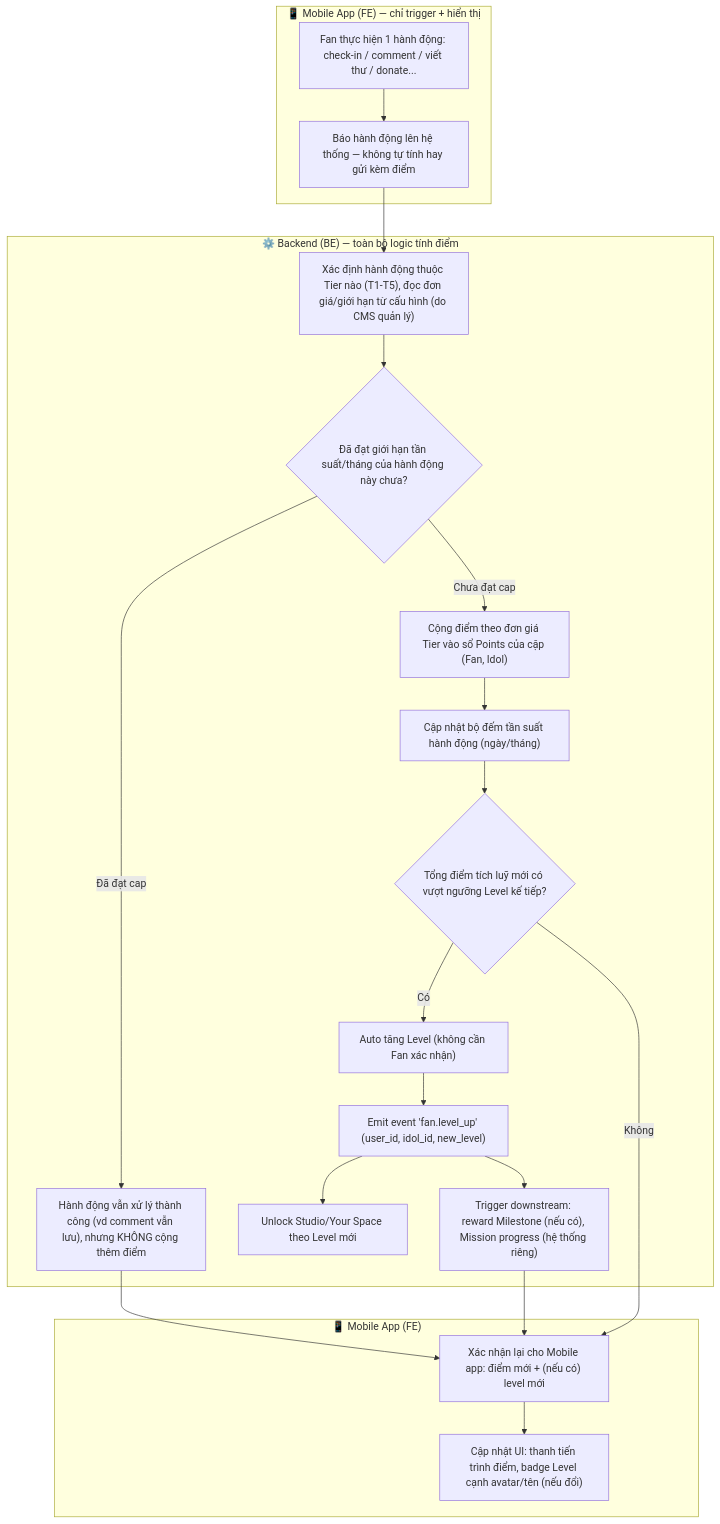
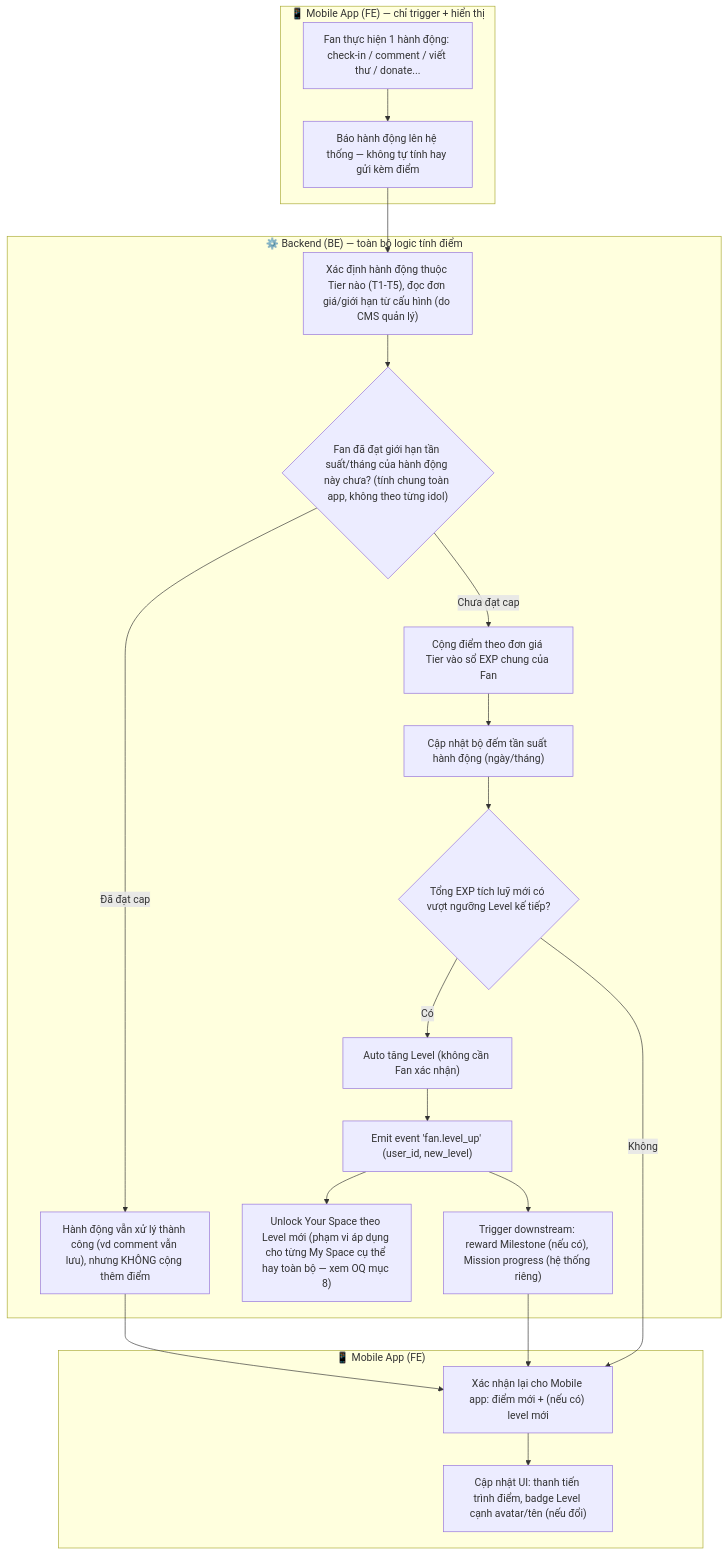
The first of 2 diagrams in FSD_mvp2_Ranking_Point_System.md (chrishieu/fana-analysis), drawn with Mermaid before and after one commit. The commit also changed other lines of this file and 1 other file, not shown here.

Commit message:
Refactor FSD for MVP2: Update ranking and point system to use EXP instead of Points, unify EXP accumulation across all idols, and clarify monetary transactions for EXP rewards. Adjust user stories, backend logic, and tier catalog accordingly.

````diff
--- a/FSD_mvp2_Ranking_Point_System.md
+++ b/FSD_mvp2_Ranking_Point_System.md
@@ -72,27 +66,27 @@
 ```mermaid
 flowchart TD
     subgraph MOBILE["📱 Mobile App (FE) — chỉ trigger + hiển thị"]
         A[Fan thực hiện 1 hành động: check-in / comment / viết thư / donate...] --> B["Báo hành động lên hệ thống — không tự tính hay gửi kèm điểm"]
     end
 
     subgraph BE["⚙️ Backend (BE) — toàn bộ logic tính điểm"]
         B --> C["Xác định hành động thuộc Tier nào (T1-T5), đọc đơn giá/giới hạn từ cấu hình (do CMS quản lý)"]
-        C --> D{"Đã đạt giới hạn tần suất/tháng của hành động này chưa?"}
+        C --> D{"Fan đã đạt giới hạn tần suất/tháng của hành động này chưa? (tính chung toàn app, không theo từng idol)"}
         D -- Đã đạt cap --> E["Hành động vẫn xử lý thành công (vd comment vẫn lưu), nhưng KHÔNG cộng thêm điểm"]
-        D -- Chưa đạt cap --> F["Cộng điểm theo đơn giá Tier vào sổ Points của cặp (Fan, Idol)"]
+        D -- Chưa đạt cap --> F["Cộng điểm theo đơn giá Tier vào sổ EXP chung của Fan"]
         F --> G["Cập nhật bộ đếm tần suất hành động (ngày/tháng)"]
-        G --> H{"Tổng điểm tích luỹ mới có vượt ngưỡng Level kế tiếp?"}
+        G --> H{"Tổng EXP tích luỹ mới có vượt ngưỡng Level kế tiếp?"}
         H -- Có --> I["Auto tăng Level (không cần Fan xác nhận)"]
-        I --> J["Emit event 'fan.level_up' (user_id, idol_id, new_level)"]
-        J --> K[Unlock Studio/Your Space theo Level mới]
+        I --> J["Emit event 'fan.level_up' (user_id, new_level)"]
+        J --> K["Unlock Your Space theo Level mới (phạm vi áp dụng cho từng My Space cụ thể hay toàn bộ — xem OQ mục 8)"]
         J --> L["Trigger downstream: reward Milestone (nếu có), Mission progress (hệ thống riêng)"]
     end
 
     E --> M["Xác nhận lại cho Mobile app: điểm mới + (nếu có) level mới"]
     H -- Không --> M
     L --> M
 
     subgraph MOBILE2["📱 Mobile App (FE)"]
         M --> N["Cập nhật UI: thanh tiến trình điểm, badge Level cạnh avatar/tên (nếu đổi)"]
     end
 ```
````
